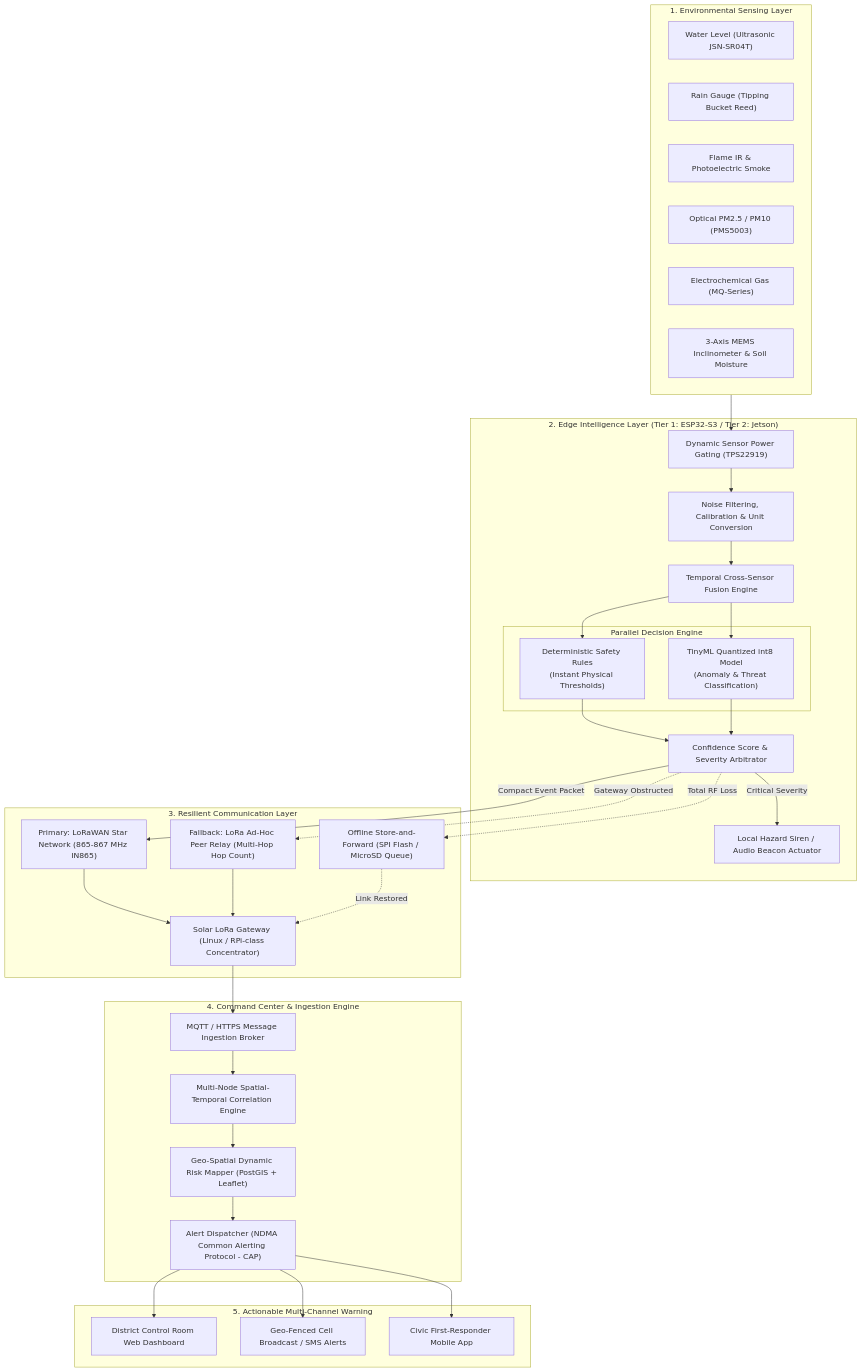
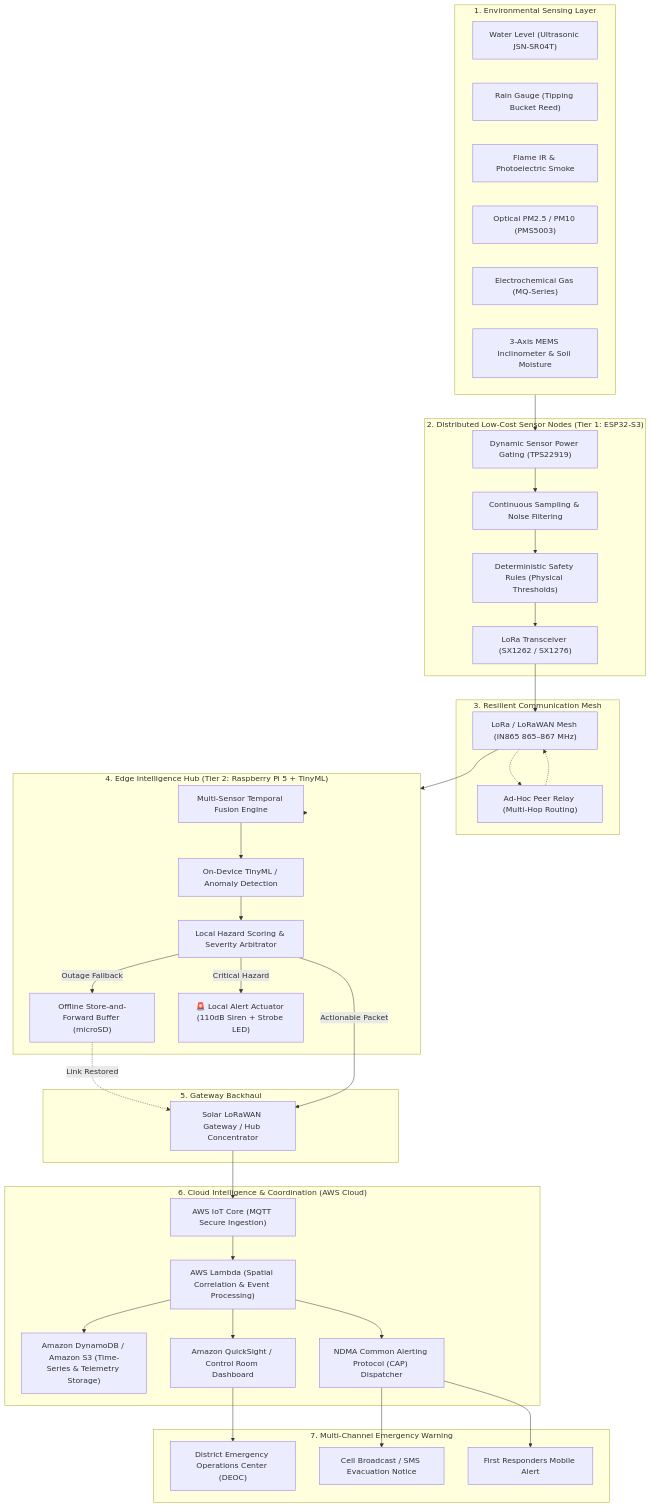
Before and after one commit to AnkitPandit120/SIH_Swarnim: the first of 2 diagrams in README.md, drawn with Mermaid. The commit also changed other lines of this file and 2 other files, not shown here.

````diff
--- a/README.md
+++ b/README.md
@@ -77,60 +83,63 @@
 ```mermaid
 graph TD
     subgraph SENSE["1. Environmental Sensing Layer"]
         S1["Water Level (Ultrasonic JSN-SR04T)"]
         S2["Rain Gauge (Tipping Bucket Reed)"]
         S3["Flame IR & Photoelectric Smoke"]
         S4["Optical PM2.5 / PM10 (PMS5003)"]
         S5["Electrochemical Gas (MQ-Series)"]
         S6["3-Axis MEMS Inclinometer & Soil Moisture"]
     end
 
-    subgraph EDGE["2. Edge Intelligence Layer (Tier 1: ESP32-S3 / Tier 2: Jetson)"]
+    subgraph NODE["2. Distributed Low-Cost Sensor Nodes (Tier 1: ESP32-S3)"]
         PWR["Dynamic Sensor Power Gating (TPS22919)"]
-        PRE["Noise Filtering, Calibration & Unit Conversion"]
-        FUS["Temporal Cross-Sensor Fusion Engine"]
-        subgraph DECISION["Parallel Decision Engine"]
-            RULE["Deterministic Safety Rules\n(Instant Physical Thresholds)"]
-            TFL["TinyML Quantized int8 Model\n(Anomaly & Threat Classification)"]
-        end
-        CONF["Confidence Score & Severity Arbitrator"]
-        ACT["Local Hazard Siren / Audio Beacon Actuator"]
+        SMPL["Continuous Sampling & Noise Filtering"]
+        DET["Deterministic Safety Rules (Physical Thresholds)"]
+        L1["LoRa Transceiver (SX1262 / SX1276)"]
     end
 
-    subgraph COMM["3. Resilient Communication Layer"]
-        LORA["Primary: LoRaWAN Star Network (865-867 MHz IN865)"]
-        PEER["Fallback: LoRa Ad-Hoc Peer Relay (Multi-Hop Hop Count)"]
-        FLASH["Offline Store-and-Forward (SPI Flash / MicroSD Queue)"]
-        GATE["Solar LoRa Gateway (Linux / RPi-class Concentrator)"]
+    subgraph MESH["3. Resilient Communication Mesh"]
+        LORA["LoRa / LoRaWAN Mesh (IN865 865–867 MHz)"]
+        RELAY["Ad-Hoc Peer Relay (Multi-Hop Routing)"]
     end
 
-    subgraph CLOUD["4. Command Center & Ingestion Engine"]
-        INGEST["MQTT / HTTPS Message Ingestion Broker"]
-        CORR["Multi-Node Spatial-Temporal Correlation Engine"]
-        GIS["Geo-Spatial Dynamic Risk Mapper (PostGIS + Leaflet)"]
-        DISPATCH["Alert Dispatcher (NDMA Common Alerting Protocol - CAP)"]
+    subgraph EDGE["4. Edge Intelligence Hub (Tier 2: Raspberry Pi 5 + TinyML)"]
+        FUS["Multi-Sensor Temporal Fusion Engine"]
+        AI["On-Device TinyML / Anomaly Detection"]
+        SCORE["Local Hazard Scoring & Severity Arbitrator"]
+        BUFFER["Offline Store-and-Forward Buffer (microSD)"]
+        SIREN["🚨 Local Alert Actuator (110dB Siren + Strobe LED)"]
     end
 
-    subgraph OUTPUT["5. Actionable Multi-Channel Warning"]
-        DASH["District Control Room Web Dashboard"]
-        SMS["Geo-Fenced Cell Broadcast / SMS Alerts"]
-        MOBILE["Civic First-Responder Mobile App"]
+    subgraph GATEWAY["5. Gateway Backhaul"]
+        GW["Solar LoRaWAN Gateway / Hub Concentrator"]
     end
 
-    SENSE --> PWR --> PRE --> FUS
-    FUS --> RULE
-    FUS --> TFL
-    RULE --> CONF
-    TFL --> CONF
-    CONF -->|Critical Severity| ACT
-    CONF -->|Compact Event Packet| LORA
-    CONF -.->|Gateway Obstructed| PEER
-    CONF -.->|Total RF Loss| FLASH
-    LORA --> GATE
-    PEER --> GATE
-    FLASH -.->|Link Restored| GATE
-    GATE --> INGEST --> CORR --> GIS --> DISPATCH
-    DISPATCH --> DASH
-    DISPATCH --> SMS
-    DISPATCH --> MOBILE
+    subgraph CLOUD["6. Cloud Intelligence & Coordination (AWS Cloud)"]
+        IOT["AWS IoT Core (MQTT Secure Ingestion)"]
+        LAMBDA["AWS Lambda (Spatial Correlation & Event Processing)"]
+        STORAGE["Amazon DynamoDB / Amazon S3 (Time-Series & Telemetry Storage)"]
+        QS["Amazon QuickSight / Control Room Dashboard"]
+        CAP["NDMA Common Alerting Protocol (CAP) Dispatcher"]
+    end
+
+    subgraph OUTPUT["7. Multi-Channel Emergency Warning"]
+        DASH["District Emergency Operations Center (DEOC)"]
+        SMS["Cell Broadcast / SMS Evacuation Notice"]
+        FIRST["First Responders Mobile Alert"]
+    end
+
+    SENSE --> PWR --> SMPL --> DET --> L1
+    L1 --> LORA
+    LORA -.-> RELAY -.-> LORA
+    LORA --> EDGE
+    EDGE --> FUS --> AI --> SCORE
+    SCORE -->|Critical Hazard| SIREN
+    SCORE -->|Outage Fallback| BUFFER
+    BUFFER -.->|Link Restored| GW
+    SCORE -->|Actionable Packet| GW
+    GW --> IOT --> LAMBDA --> STORAGE
+    LAMBDA --> QS --> DASH
+    LAMBDA --> CAP --> SMS
+    CAP --> FIRST
 ```
````
